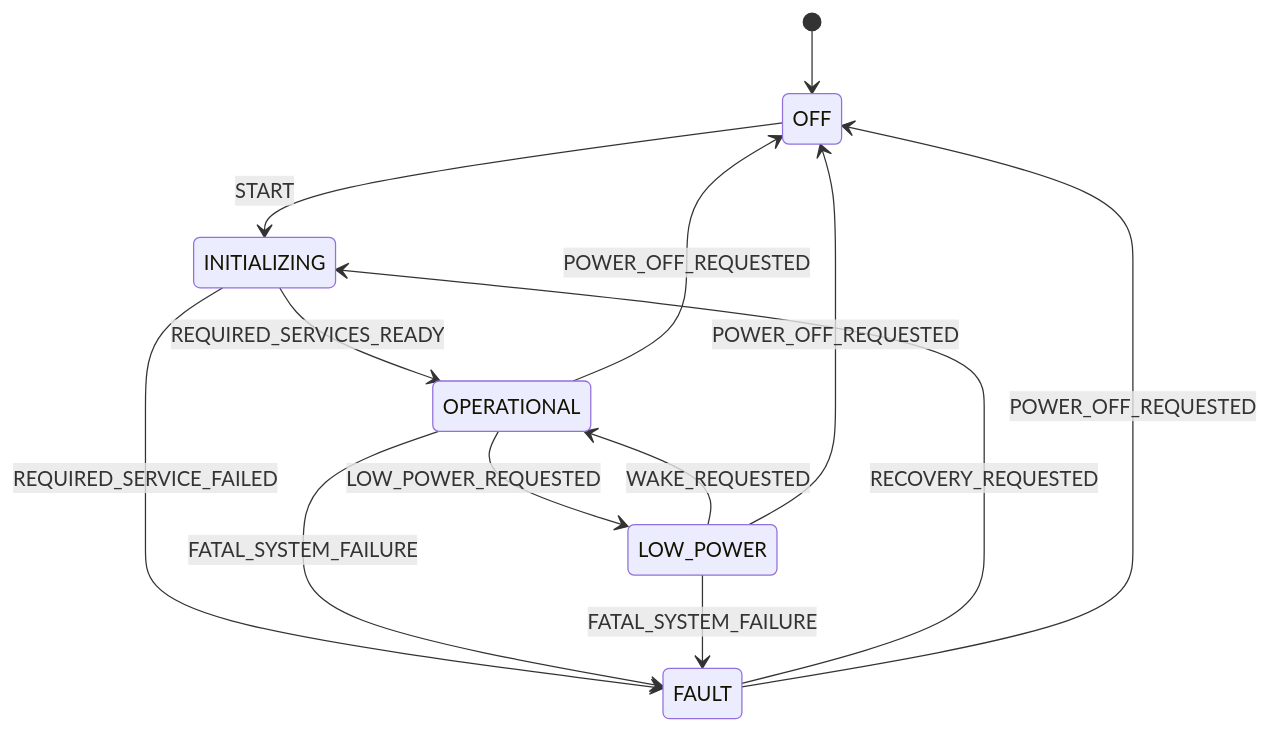
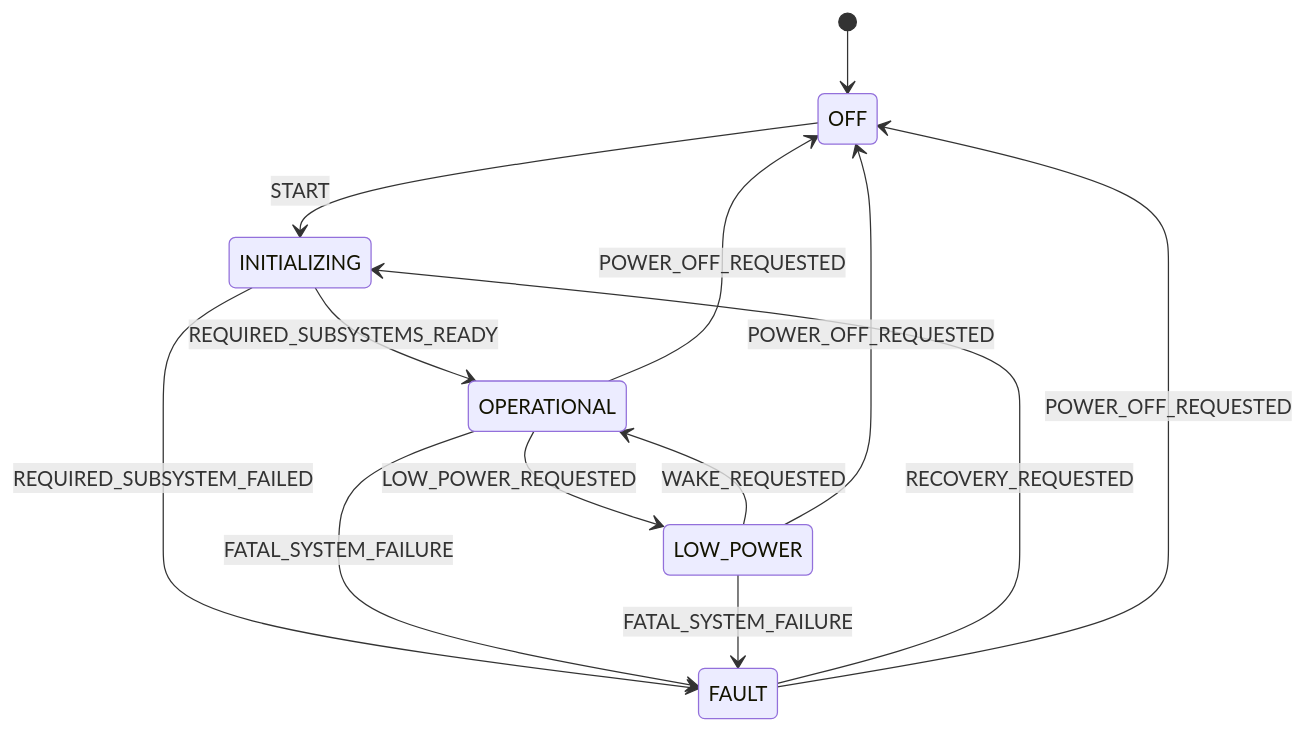
The second of 6 diagrams in docs/architecture/control-plane.md (Matheus-Cavalcanti/tiresias-soak-test), drawn with Mermaid before and after one commit. The commit also changed other lines of this file and 5 other files, not shown here.

Commit message:
refines documentation for control plane and subsystem architecture; updates naming conventions and clarifies subsystem responsibilities

````diff
--- a/docs/architecture/control-plane.md
+++ b/docs/architecture/control-plane.md
@@ -93,18 +132,18 @@
 ```mermaid
 stateDiagram-v2
     [*] --> OFF
     OFF --> INITIALIZING: START
-    INITIALIZING --> OPERATIONAL: REQUIRED_SERVICES_READY
-    INITIALIZING --> FAULT: REQUIRED_SERVICE_FAILED
+    INITIALIZING --> OPERATIONAL: REQUIRED_SUBSYSTEMS_READY
+    INITIALIZING --> FAULT: REQUIRED_SUBSYSTEM_FAILED
 
     OPERATIONAL --> LOW_POWER: LOW_POWER_REQUESTED
     LOW_POWER --> OPERATIONAL: WAKE_REQUESTED
 
     OPERATIONAL --> OFF: POWER_OFF_REQUESTED
     LOW_POWER --> OFF: POWER_OFF_REQUESTED
 
     OPERATIONAL --> FAULT: FATAL_SYSTEM_FAILURE
     LOW_POWER --> FAULT: FATAL_SYSTEM_FAILURE
     FAULT --> INITIALIZING: RECOVERY_REQUESTED
     FAULT --> OFF: POWER_OFF_REQUESTED
 ```
````
